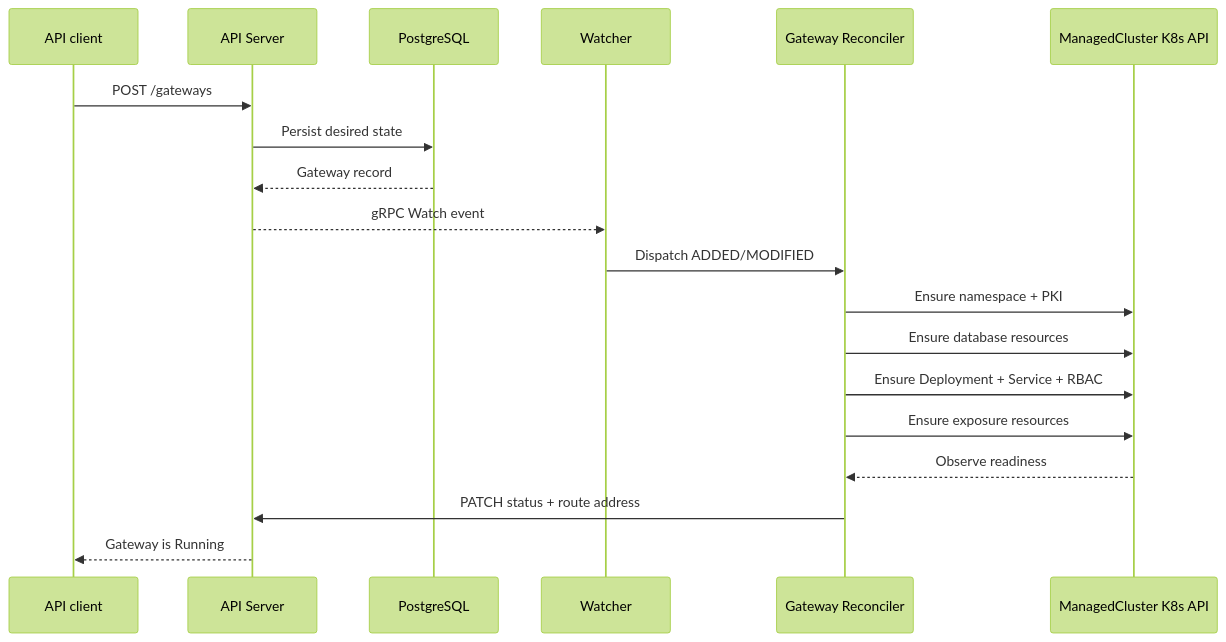
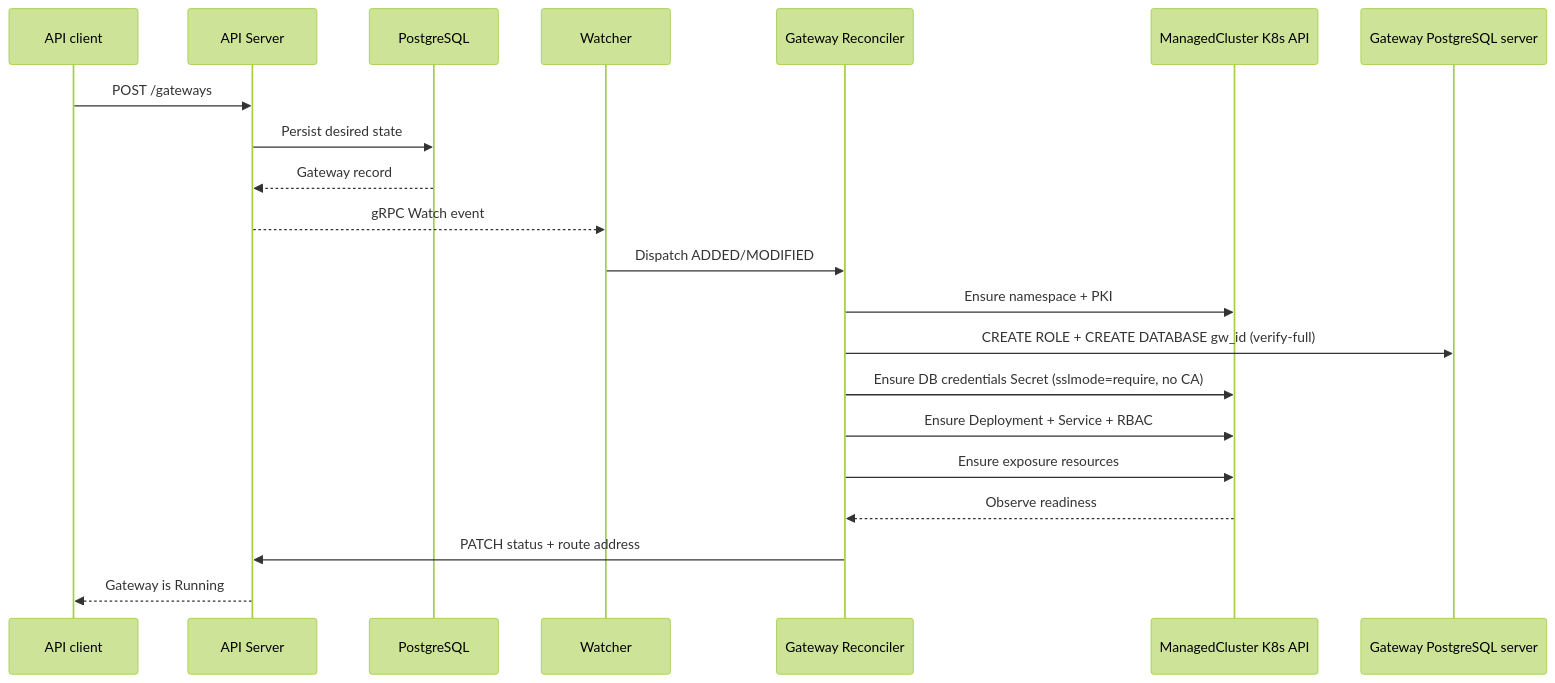
The first of 2 diagrams in docs/architecture/source/control-plane.md (jonmosco/hypershell), drawn with Mermaid (forest theme) before and after one commit. The commit also changed other lines of this file and 267 other files, not shown here.

````diff
--- a/docs/architecture/source/control-plane.md
+++ b/docs/architecture/source/control-plane.md
@@ -9,21 +9,23 @@
 ```mermaid
 sequenceDiagram
   participant User as API client
   participant API as API Server
   participant DB as PostgreSQL
   participant W as Watcher
   participant R as Gateway Reconciler
   participant K as ManagedCluster K8s API
+  participant PG as Gateway PostgreSQL server
   User->>API: POST /gateways
   API->>DB: Persist desired state
   DB-->>API: Gateway record
   API-->>W: gRPC Watch event
   W->>R: Dispatch ADDED/MODIFIED
   R->>K: Ensure namespace + PKI
-  R->>K: Ensure database resources
+  R->>PG: CREATE ROLE + CREATE DATABASE gw_id (verify-full)
+  R->>K: Ensure DB credentials Secret (sslmode=require, no CA)
   R->>K: Ensure Deployment + Service + RBAC
   R->>K: Ensure exposure resources
   K-->>R: Observe readiness
   R->>API: PATCH status + route address
   API-->>User: Gateway is Running
 ```
````
